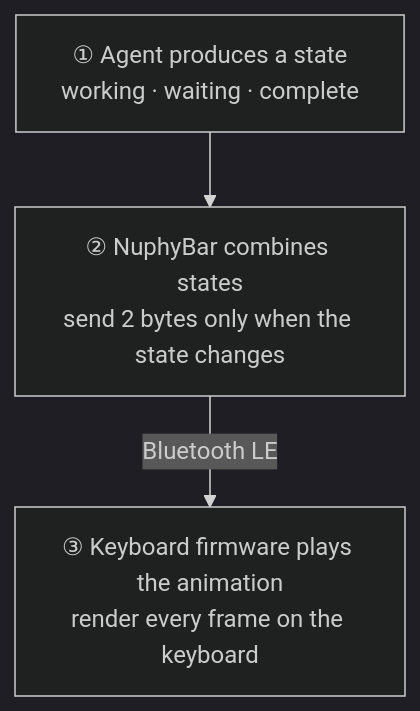
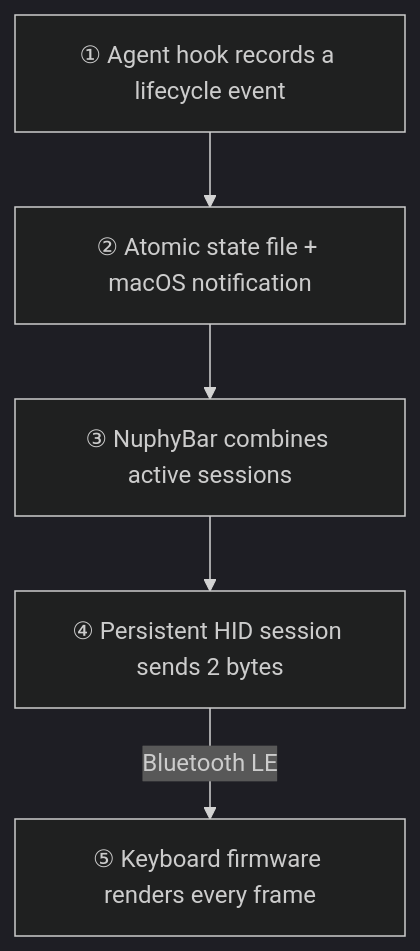
One commit to itsmaiGe/NuphyBar changed the first of 2 diagrams in README.md. Above: the diagram before and after it, drawn with Mermaid (dark theme). The commit also changed other lines of this file and 6 other files, not shown here.

````diff
--- a/README.md
+++ b/README.md
@@ -74,8 +74,10 @@
 ```mermaid
 flowchart TB
-    A["① Agent produces a state<br/>working · waiting · complete"]
-    B["② NuphyBar combines states<br/>send 2 bytes only when the state changes"]
-    C["③ Keyboard firmware plays the animation<br/>render every frame on the keyboard"]
-    A --> B
-    B -->|Bluetooth LE| C
+    A["① Agent hook records a lifecycle event"]
+    B["② Atomic state file + macOS notification"]
+    C["③ NuphyBar combines active sessions"]
+    D["④ Persistent HID session sends 2 bytes"]
+    E["⑤ Keyboard firmware renders every frame"]
+    A --> B --> C --> D
+    D -->|Bluetooth LE| E
 ```
````
